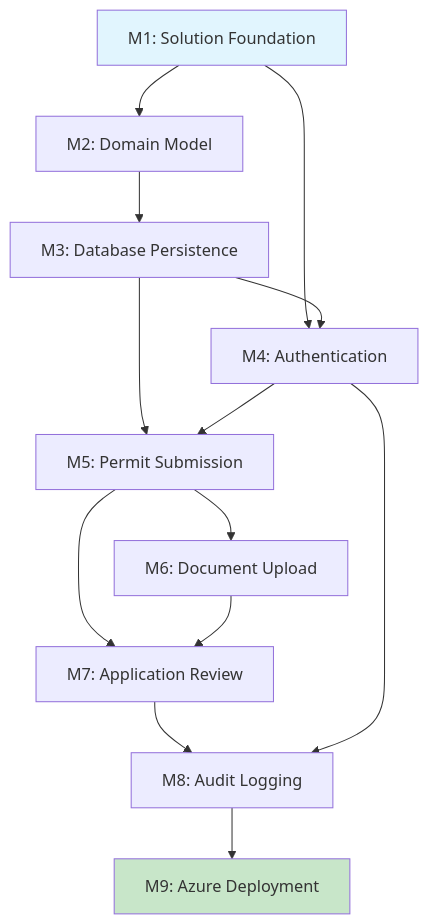
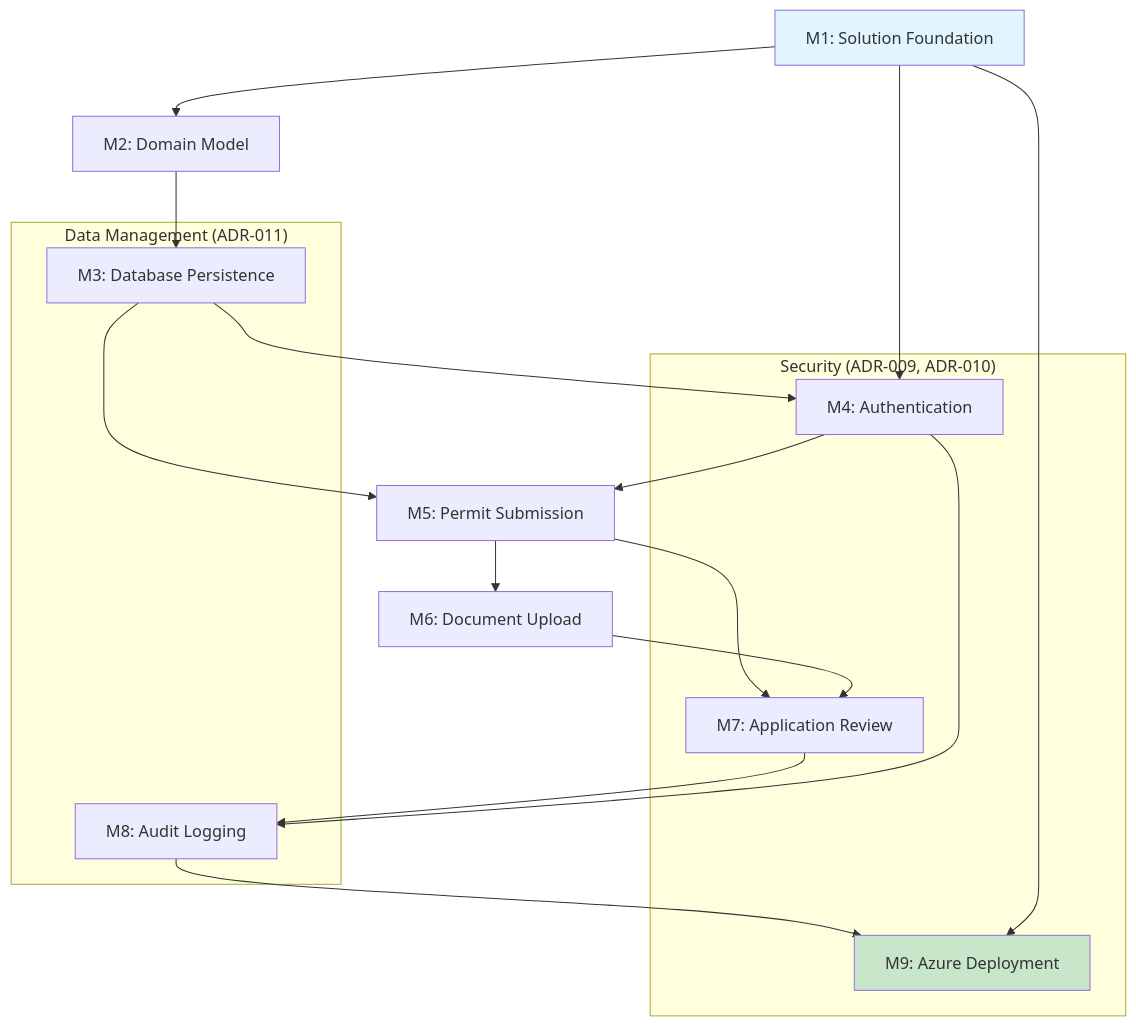
One commit to dvdbunde/atlas changed the diagram in plans/atlas-foundation-plan.md. Above: the diagram before and after it, drawn with Mermaid. The commit also changed other lines of this file and 6 other files, not shown here.

````diff
--- a/plans/atlas-foundation-plan.md
+++ b/plans/atlas-foundation-plan.md
@@ -22,18 +74,31 @@
 ```mermaid
 flowchart TD
     M1[M1: Solution Foundation] --> M2[M2: Domain Model]
     M2 --> M3[M3: Database Persistence]
     M1 --> M4[M4: Authentication]
     M3 --> M4
     M3 --> M5[M5: Permit Submission]
     M4 --> M5
     M5 --> M6[M6: Document Upload]
     M5 --> M7[M7: Application Review]
     M6 --> M7
     M7 --> M8[M8: Audit Logging]
     M4 --> M8
     M8 --> M9[M9: Azure Deployment]
+    M1 --> M9
+    
+    subgraph Security["Security (ADR-009, ADR-010)"]
+        M4
+        M7
+        M9
+    end
+    
+    subgraph Data["Data Management (ADR-011)"]
+        M3
+        M8
+        M9
+    end
     
     style M1 fill:#e1f5fe
     style M9 fill:#c8e6c9
 ```
````
